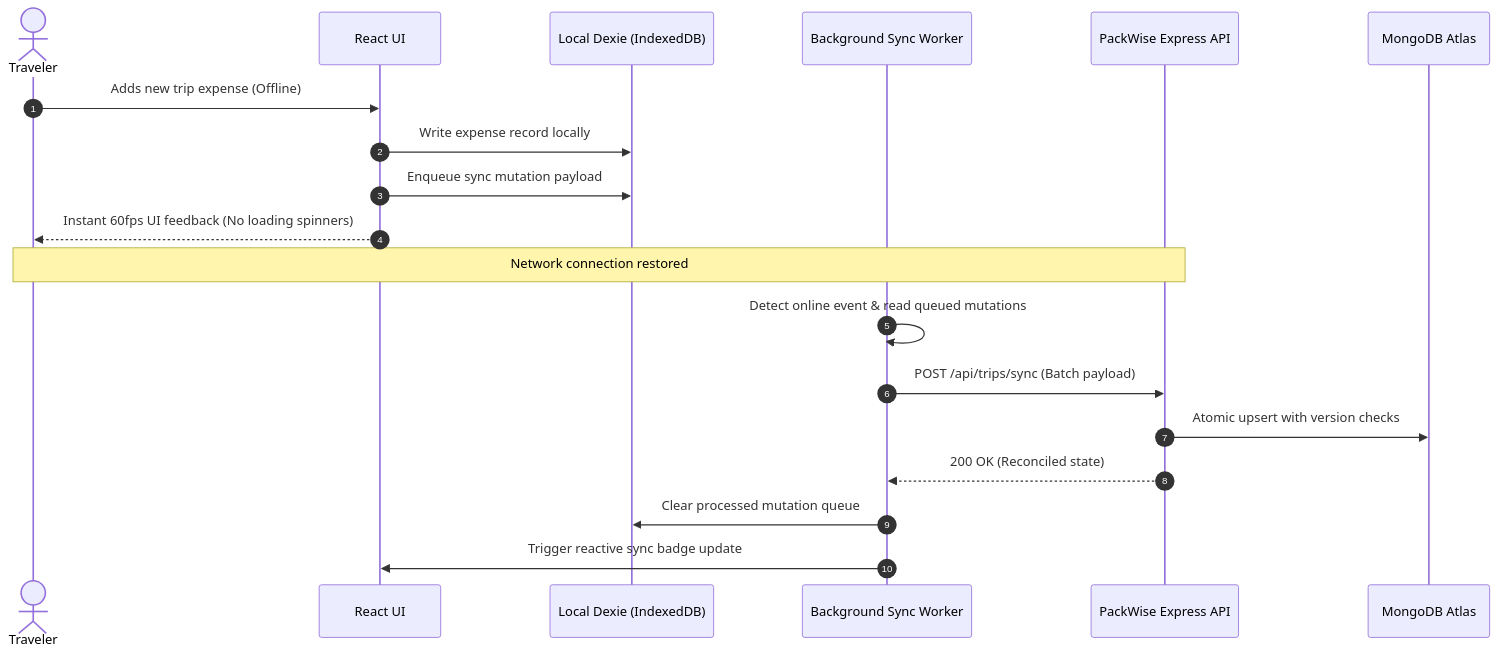
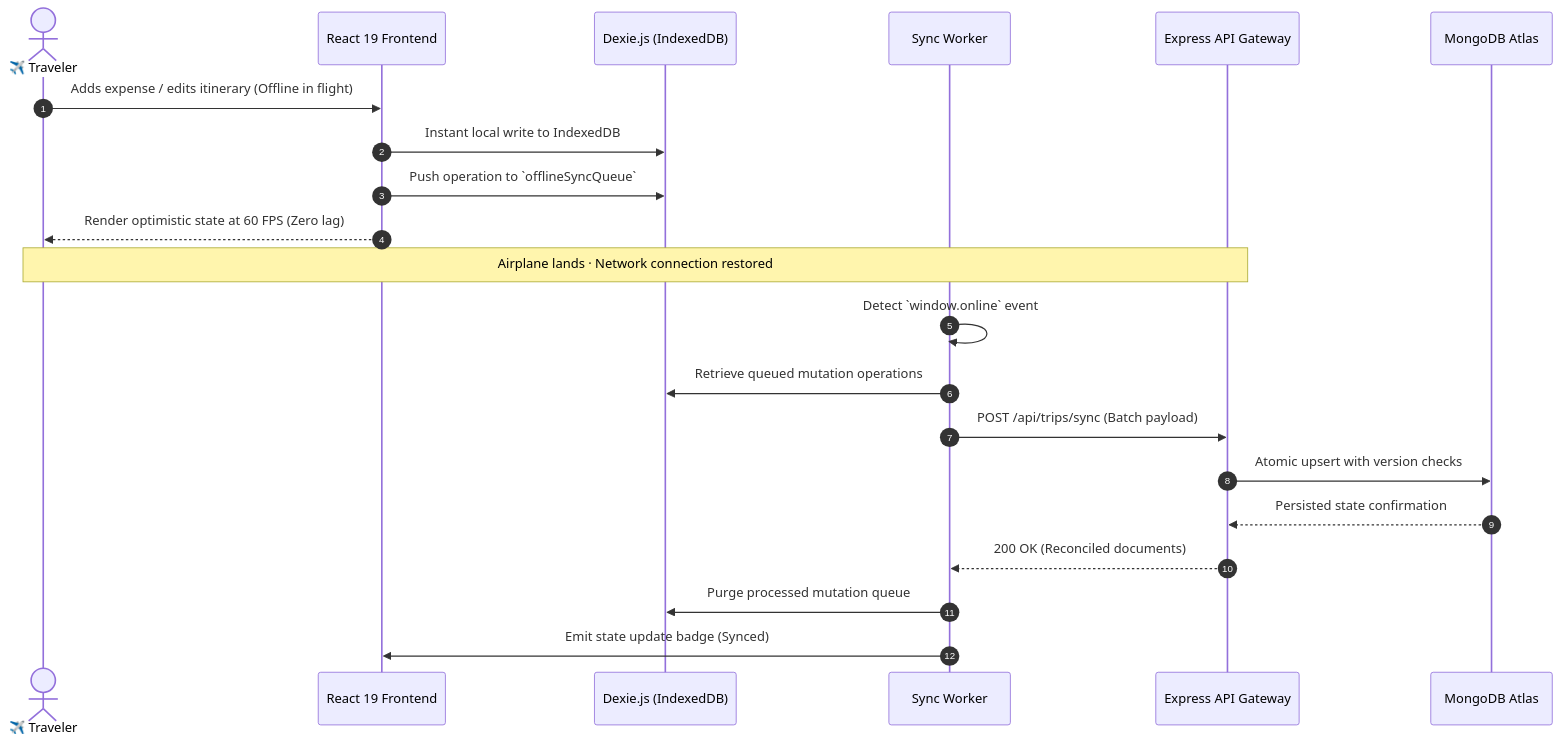
One commit to Thranae/packwise changed the second of 2 diagrams in README.md. Above: the diagram before and after it, drawn with Mermaid. The commit also changed other lines of this file and 3 other files, not shown here.

Commit message:
docs: elevate GitHub homepage into an enterprise-grade architectural showcase and add personal profile template

````diff
--- a/README.md
+++ b/README.md
@@ -114,23 +159,25 @@
 ```mermaid
 sequenceDiagram
     autonumber
-    actor Traveler
-    participant UI as React UI
-    participant DB as Local Dexie (IndexedDB)
-    participant Sync as Background Sync Worker
-    participant API as PackWise Express API
+    actor Traveler as ✈️ Traveler
+    participant UI as React 19 Frontend
+    participant DB as Dexie.js (IndexedDB)
+    participant Worker as Sync Worker
+    participant API as Express API Gateway
     participant Cloud as MongoDB Atlas
 
-    Traveler->>UI: Adds new trip expense (Offline)
-    UI->>DB: Write expense record locally
-    UI->>DB: Enqueue sync mutation payload
-    UI-->>Traveler: Instant 60fps UI feedback (No loading spinners)
+    Traveler->>UI: Adds expense / edits itinerary (Offline in flight)
+    UI->>DB: Instant local write to IndexedDB
+    UI->>DB: Push operation to `offlineSyncQueue`
+    UI-->>Traveler: Render optimistic state at 60 FPS (Zero lag)
     
-    Note over Traveler,API: Network connection restored
-    Sync->>Sync: Detect online event & read queued mutations
-    Sync->>API: POST /api/trips/sync (Batch payload)
+    Note over Traveler,API: Airplane lands · Network connection restored
+    Worker->>Worker: Detect `window.online` event
+    Worker->>DB: Retrieve queued mutation operations
+    Worker->>API: POST /api/trips/sync (Batch payload)
     API->>Cloud: Atomic upsert with version checks
-    API-->>Sync: 200 OK (Reconciled state)
-    Sync->>DB: Clear processed mutation queue
-    Sync->>UI: Trigger reactive sync badge update
+    Cloud-->>API: Persisted state confirmation
+    API-->>Worker: 200 OK (Reconciled documents)
+    Worker->>DB: Purge processed mutation queue
+    Worker->>UI: Emit state update badge (Synced)
 ```
````
